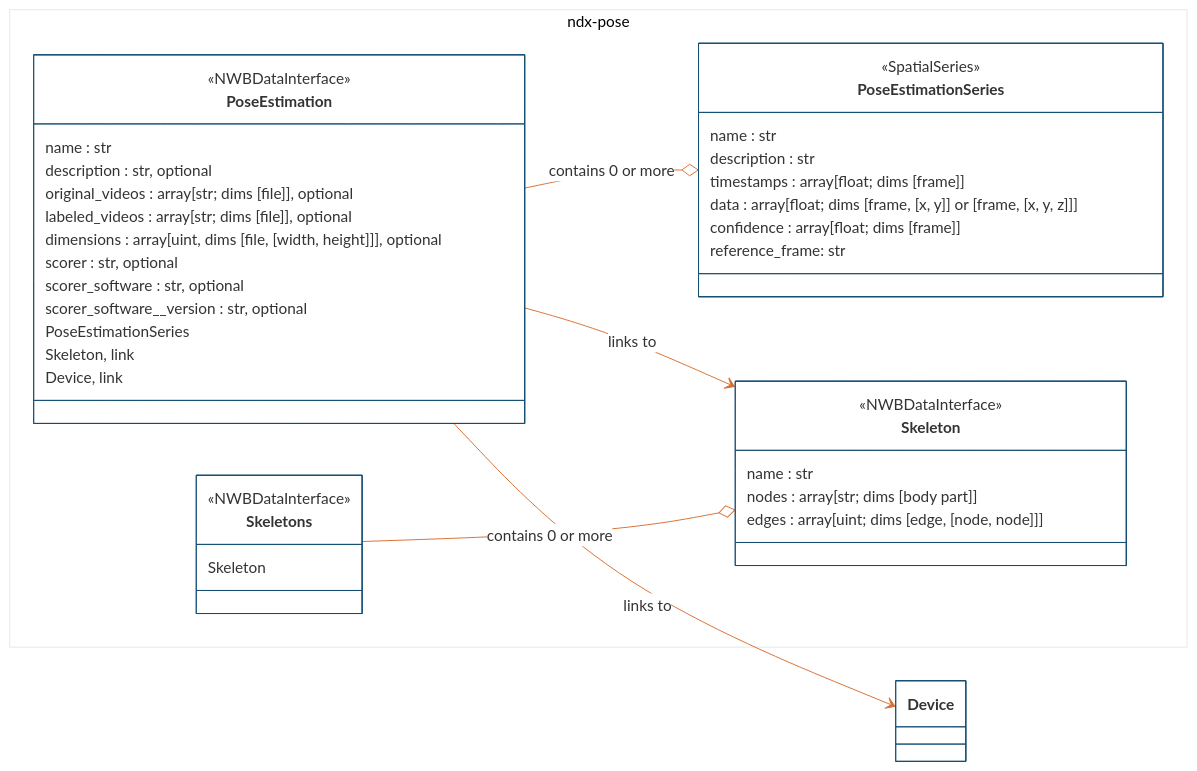
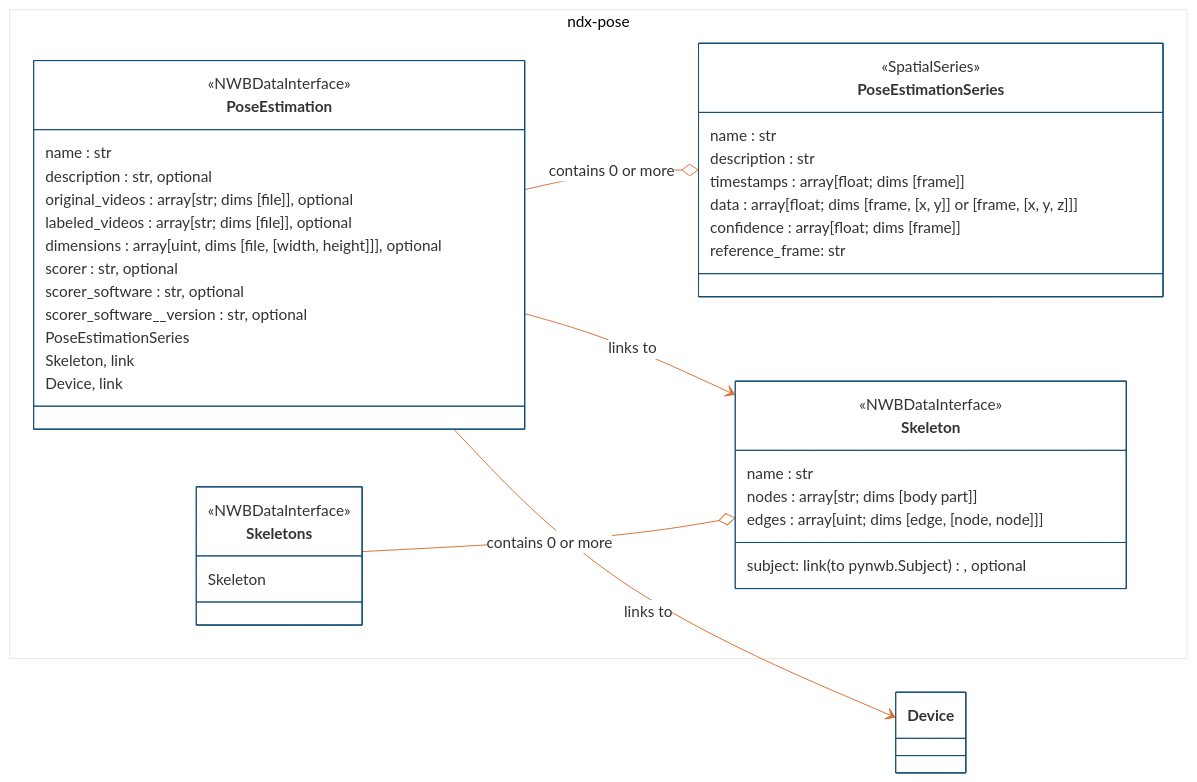
Before and after one commit to rly/ndx-pose: the first of 2 diagrams in README.md, drawn with Mermaid. The commit also changed other lines of this file and 1 other file, not shown here.

````diff
--- a/README.md
+++ b/README.md
@@ -83,52 +89,53 @@
 ```mermaid
 %%{init: {'theme': 'base', 'themeVariables': {'primaryColor': '#ffffff', "primaryBorderColor': '#144E73', 'lineColor': '#D96F32'}}}%%
 
 classDiagram
     direction LR
     namespace ndx-pose {
         class PoseEstimationSeries{
             <<SpatialSeries>>
             name : str
             description : str
             timestamps : array[float; dims [frame]]
             data : array[float; dims [frame, [x, y]] or [frame, [x, y, z]]]
             confidence : array[float; dims [frame]]
             reference_frame: str
         }
 
         class PoseEstimation {
             <<NWBDataInterface>>
             name : str
             description : str, optional
             original_videos : array[str; dims [file]], optional
             labeled_videos : array[str; dims [file]], optional
             dimensions : array[uint, dims [file, [width, height]]], optional
             scorer : str, optional
             scorer_software : str, optional
             scorer_software__version : str, optional
             PoseEstimationSeries
             Skeleton, link
             Device, link
         }
 
         class Skeletons {
             <<NWBDataInterface>>
             Skeleton
         }
 
         class Skeleton {
             <<NWBDataInterface>>
             name : str
             nodes : array[str; dims [body part]]
             edges : array[uint; dims [edge, [node, node]]]
+            subject: link (to pynwb.Subject), optional
         }
 
     }
 
     class Device
 
     PoseEstimation --o PoseEstimationSeries : contains 0 or more
     PoseEstimation --> Skeleton : links to
     PoseEstimation --> Device : links to
     Skeletons --o Skeleton : contains 0 or more
 ```
````
